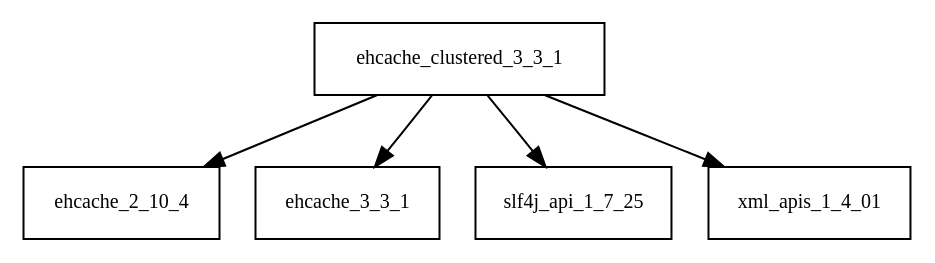
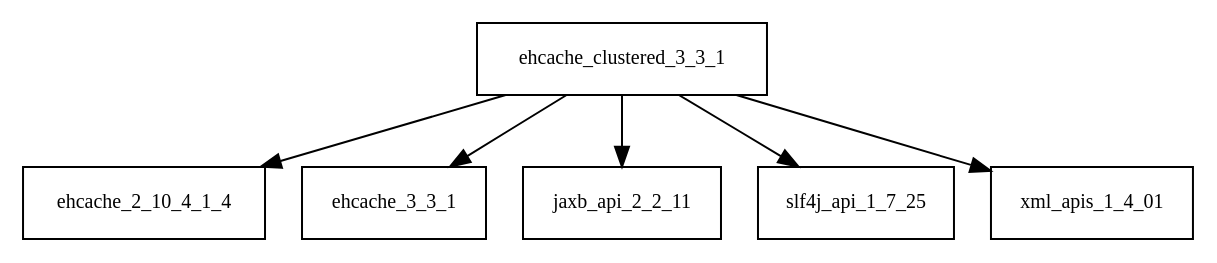
The diagram in tattleTaleReport/graphviz/ehcache-clustered-3.3.1.jar/ehcache-clustered-3.3.1.jar.dot (AglaianWoman/cia), drawn with Graphviz before and after one commit. The commit also changed 2443 other files, not shown here.

```diff
--- a/tattleTaleReport/graphviz/ehcache-clustered-3.3.1.jar/ehcache-clustered-3.3.1.jar.dot
+++ b/tattleTaleReport/graphviz/ehcache-clustered-3.3.1.jar/ehcache-clustered-3.3.1.jar.dot
@@ -1,7 +1,8 @@
 digraph ehcache_clustered_3_3_1_dependencies {
   node [shape = box, fontsize=10.0];
-  ehcache_clustered_3_3_1 -> ehcache_2_10_4;
+  ehcache_clustered_3_3_1 -> ehcache_2_10_4_1_4;
   ehcache_clustered_3_3_1 -> ehcache_3_3_1;
+  ehcache_clustered_3_3_1 -> jaxb_api_2_2_11;
   ehcache_clustered_3_3_1 -> slf4j_api_1_7_25;
   ehcache_clustered_3_3_1 -> xml_apis_1_4_01;
 }
```
